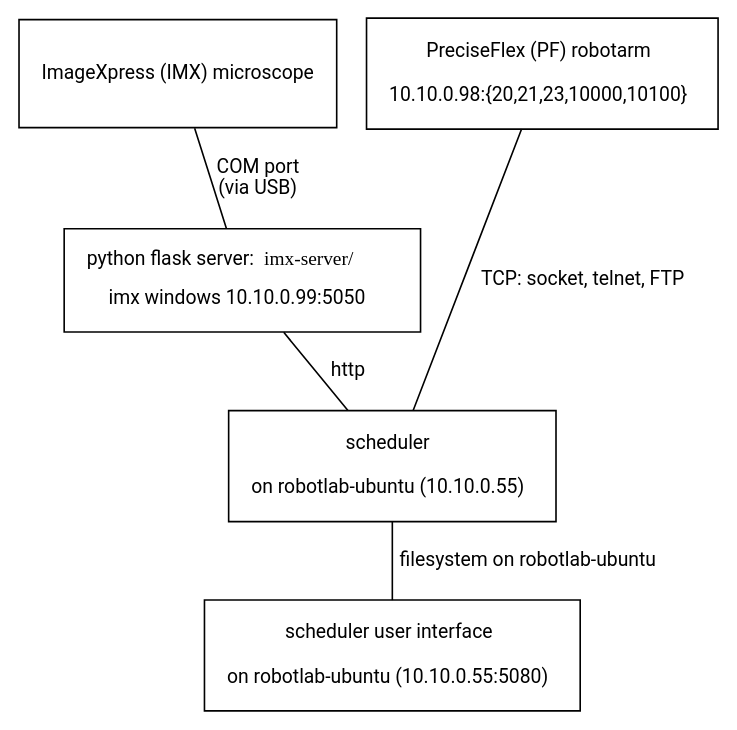
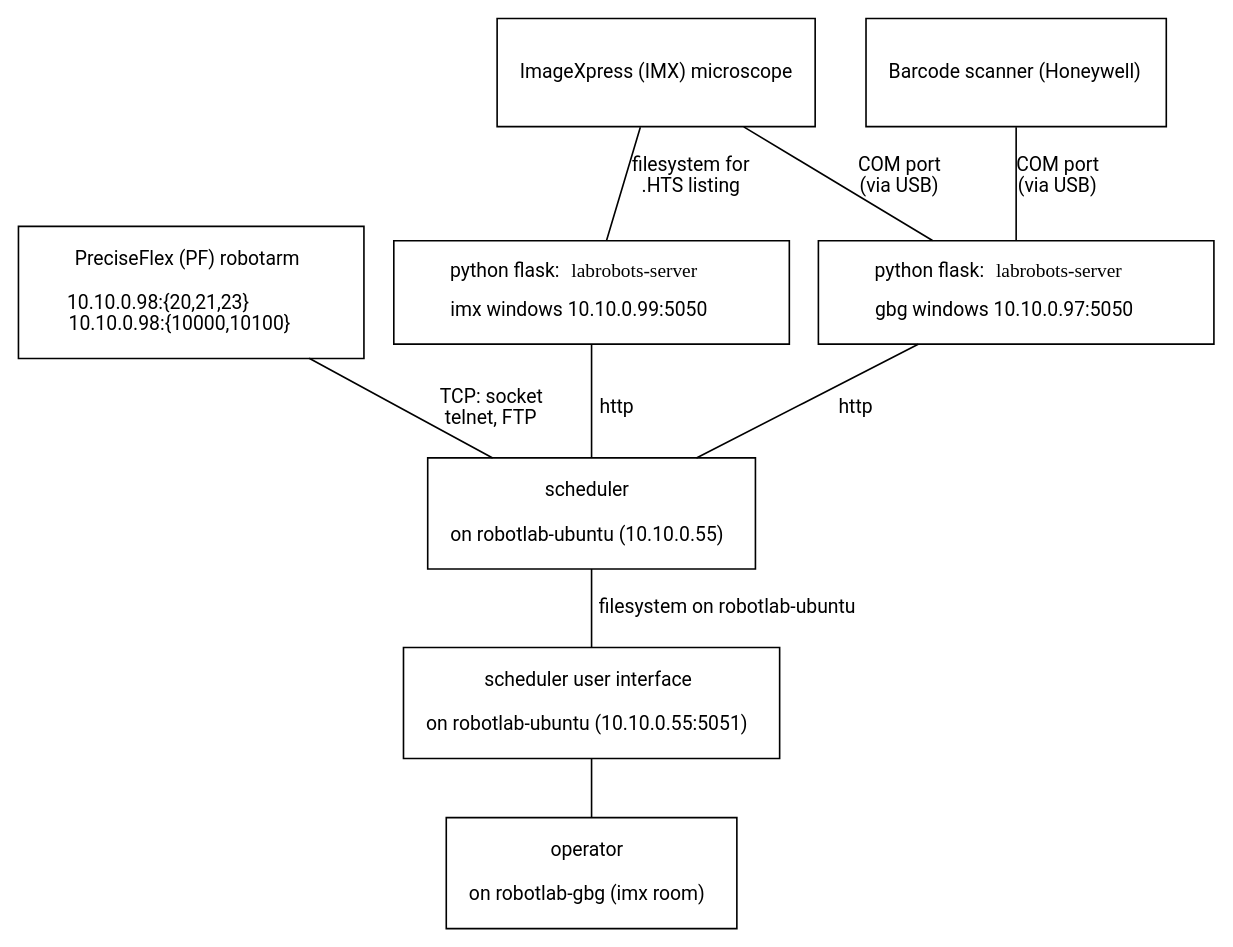
The diagram in images/overview.dot (pharmbio/robotlab), drawn with Graphviz before and after one commit. The commit also changed 2 other files, not shown here.

```diff
--- a/images/overview.dot
+++ b/images/overview.dot
@@ -1,26 +1,39 @@
 # Build the svg with:
 # dot overview.dot -Tsvg -o overview.svg
 graph {
     # graph [bgcolor="#2d2d2d"]
     # node [color="#d3d0c8" fontcolor="#d3d0c8"]
     # edge [color="#d3d0c8" fontcolor="#d3d0c8"]
 
     node [fontname="Roboto", fontsize=12]
     edge [fontname="Roboto", fontsize=12]
     node [shape=box]
-    imx  [label=< <BR/> ImageXpress (IMX) microscope<BR/> >, margin=0.2]
-    pf   [label=< PreciseFlex (PF) robotarm <BR/><BR/> 10.10.0.98:{20,21,23,10000,10100} >, margin=0.2]
+    pf      [label=<
+        PreciseFlex (PF) robotarm
+        <BR/><BR/> 10.10.0.98:{20,21,23}
+             <BR/> 10.10.0.98:{10000,10100}
+    >, margin=0.2]
+    imx     [label=< <BR/> ImageXpress (IMX) microscope<BR/> >, margin=0.2]
+    barcode [label=< <BR/> Barcode scanner (Honeywell)<BR/> >, margin=0.2]
 
-    rank=same {imx; pf}
+    gbg_server [label=<
+        python flask: <FONT FACE="Consolas">labrobots-server</FONT><BR/><BR/> gbg windows 10.10.0.97:5050
+    >, margin=0.2]
+    imx_server [label=<
+        python flask: <FONT FACE="Consolas">labrobots-server</FONT><BR/><BR/> imx windows 10.10.0.99:5050
+    >, margin=0.2]
 
-    imx_server [label=< python flask server: <FONT FACE="Consolas">imx-server/</FONT><BR/><BR/> imx windows 10.10.0.99:5050 >, margin=0.2]
-
-    imx -- imx_server [label=<COM port<BR/>(via USB)>]
-    pf -- scheduler [label="TCP: socket, telnet, FTP"]
+    imx -- imx_server [label=<filesystem for<BR/>.HTS listing>]
+    imx -- gbg_server [label=<COM port<BR/>(via USB)>]
+    barcode -- gbg_server [label=<COM port<BR/>(via USB)>]
+    pf -- scheduler [label=<TCP: socket<BR/>telnet, FTP>]
 
     scheduler [label=< scheduler <BR/><BR/> on robotlab-ubuntu (10.10.0.55) >, margin=0.2]
+    gbg_server -- scheduler [label="  http"]
     imx_server -- scheduler [label="  http"]
 
     scheduler -- scheduler_ui [label="  filesystem on robotlab-ubuntu"]
-    scheduler_ui [label=< scheduler user interface <BR/><BR/> on robotlab-ubuntu (10.10.0.55:5080) >, margin=0.2]
+    scheduler_ui [label=< scheduler user interface <BR/><BR/> on robotlab-ubuntu (10.10.0.55:5051) >, margin=0.2]
+    operator [label=< operator <BR/><BR/> on robotlab-gbg (imx room) >, margin=0.2]
+    scheduler_ui -- operator
 }
```
